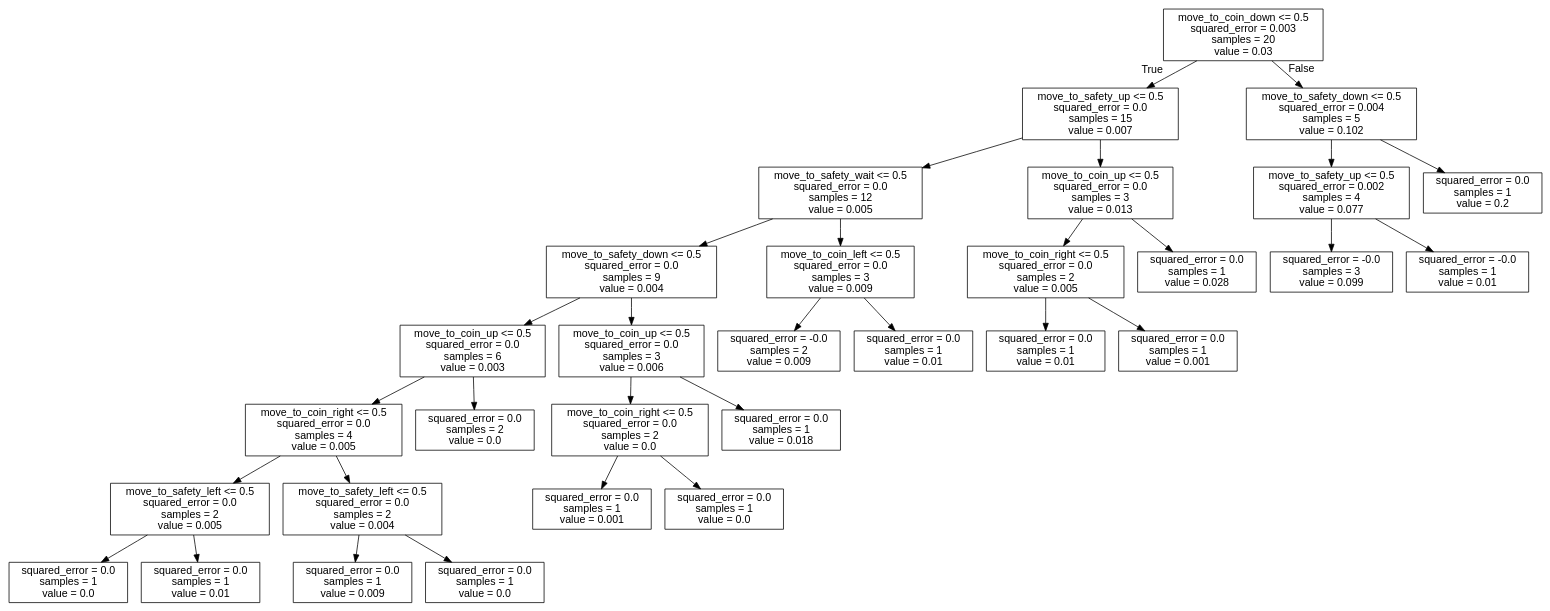
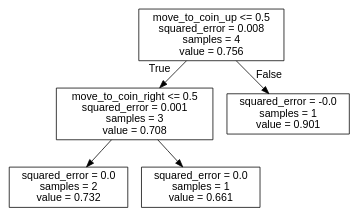
One commit to J-Gann/FML changed the diagram in bomberman_rl/agent_code/my_agent/trees/DOWN.dot. Above: the diagram before and after it, drawn with Graphviz. The commit also changed 10 other files, not shown here.

```diff
--- a/bomberman_rl/agent_code/my_agent/trees/DOWN.dot
+++ b/bomberman_rl/agent_code/my_agent/trees/DOWN.dot
@@ -1,65 +1,13 @@
 digraph Tree {
 node [shape=box, fontname="helvetica"] ;
 edge [fontname="helvetica"] ;
-0 [label="move_to_coin_down <= 0.5\nsquared_error = 0.003\nsamples = 20\nvalue = 0.03"] ;
-1 [label="move_to_safety_up <= 0.5\nsquared_error = 0.0\nsamples = 15\nvalue = 0.007"] ;
+0 [label="move_to_coin_up <= 0.5\nsquared_error = 0.008\nsamples = 4\nvalue = 0.756"] ;
+1 [label="move_to_coin_right <= 0.5\nsquared_error = 0.001\nsamples = 3\nvalue = 0.708"] ;
 0 -> 1 [labeldistance=2.5, labelangle=45, headlabel="True"] ;
-2 [label="move_to_safety_wait <= 0.5\nsquared_error = 0.0\nsamples = 12\nvalue = 0.005"] ;
+2 [label="squared_error = 0.0\nsamples = 2\nvalue = 0.732"] ;
 1 -> 2 ;
-3 [label="move_to_safety_down <= 0.5\nsquared_error = 0.0\nsamples = 9\nvalue = 0.004"] ;
-2 -> 3 ;
-4 [label="move_to_coin_up <= 0.5\nsquared_error = 0.0\nsamples = 6\nvalue = 0.003"] ;
-3 -> 4 ;
-5 [label="move_to_coin_right <= 0.5\nsquared_error = 0.0\nsamples = 4\nvalue = 0.005"] ;
-4 -> 5 ;
-6 [label="move_to_safety_left <= 0.5\nsquared_error = 0.0\nsamples = 2\nvalue = 0.005"] ;
-5 -> 6 ;
-7 [label="squared_error = 0.0\nsamples = 1\nvalue = 0.0"] ;
-6 -> 7 ;
-8 [label="squared_error = 0.0\nsamples = 1\nvalue = 0.01"] ;
-6 -> 8 ;
-9 [label="move_to_safety_left <= 0.5\nsquared_error = 0.0\nsamples = 2\nvalue = 0.004"] ;
-5 -> 9 ;
-10 [label="squared_error = 0.0\nsamples = 1\nvalue = 0.009"] ;
-9 -> 10 ;
-11 [label="squared_error = 0.0\nsamples = 1\nvalue = 0.0"] ;
-9 -> 11 ;
-12 [label="squared_error = 0.0\nsamples = 2\nvalue = 0.0"] ;
-4 -> 12 ;
-13 [label="move_to_coin_up <= 0.5\nsquared_error = 0.0\nsamples = 3\nvalue = 0.006"] ;
-3 -> 13 ;
-14 [label="move_to_coin_right <= 0.5\nsquared_error = 0.0\nsamples = 2\nvalue = 0.0"] ;
-13 -> 14 ;
-15 [label="squared_error = 0.0\nsamples = 1\nvalue = 0.001"] ;
-14 -> 15 ;
-16 [label="squared_error = 0.0\nsamples = 1\nvalue = 0.0"] ;
-14 -> 16 ;
-17 [label="squared_error = 0.0\nsamples = 1\nvalue = 0.018"] ;
-13 -> 17 ;
-18 [label="move_to_coin_left <= 0.5\nsquared_error = 0.0\nsamples = 3\nvalue = 0.009"] ;
-2 -> 18 ;
-19 [label="squared_error = -0.0\nsamples = 2\nvalue = 0.009"] ;
-18 -> 19 ;
-20 [label="squared_error = 0.0\nsamples = 1\nvalue = 0.01"] ;
-18 -> 20 ;
-21 [label="move_to_coin_up <= 0.5\nsquared_error = 0.0\nsamples = 3\nvalue = 0.013"] ;
-1 -> 21 ;
-22 [label="move_to_coin_right <= 0.5\nsquared_error = 0.0\nsamples = 2\nvalue = 0.005"] ;
-21 -> 22 ;
-23 [label="squared_error = 0.0\nsamples = 1\nvalue = 0.01"] ;
-22 -> 23 ;
-24 [label="squared_error = 0.0\nsamples = 1\nvalue = 0.001"] ;
-22 -> 24 ;
-25 [label="squared_error = 0.0\nsamples = 1\nvalue = 0.028"] ;
-21 -> 25 ;
-26 [label="move_to_safety_down <= 0.5\nsquared_error = 0.004\nsamples = 5\nvalue = 0.102"] ;
-0 -> 26 [labeldistance=2.5, labelangle=-45, headlabel="False"] ;
-27 [label="move_to_safety_up <= 0.5\nsquared_error = 0.002\nsamples = 4\nvalue = 0.077"] ;
-26 -> 27 ;
-28 [label="squared_error = -0.0\nsamples = 3\nvalue = 0.099"] ;
-27 -> 28 ;
-29 [label="squared_error = -0.0\nsamples = 1\nvalue = 0.01"] ;
-27 -> 29 ;
-30 [label="squared_error = 0.0\nsamples = 1\nvalue = 0.2"] ;
-26 -> 30 ;
+3 [label="squared_error = 0.0\nsamples = 1\nvalue = 0.661"] ;
+1 -> 3 ;
+4 [label="squared_error = -0.0\nsamples = 1\nvalue = 0.901"] ;
+0 -> 4 [labeldistance=2.5, labelangle=-45, headlabel="False"] ;
 }
```
